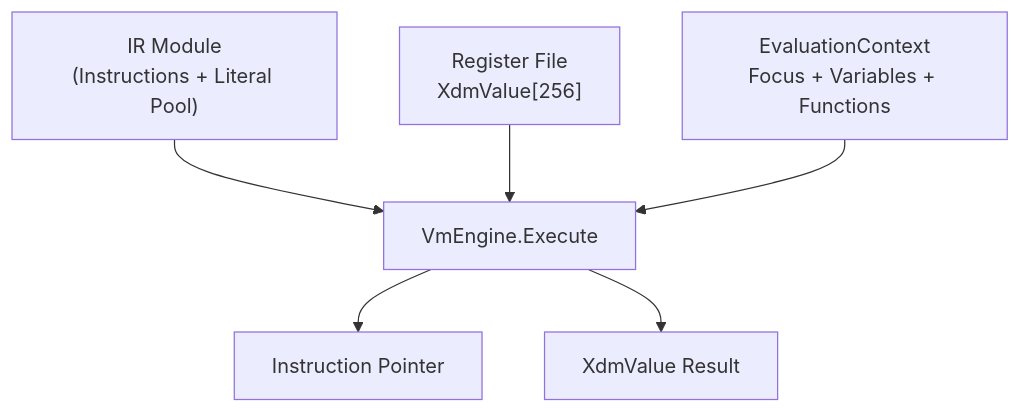
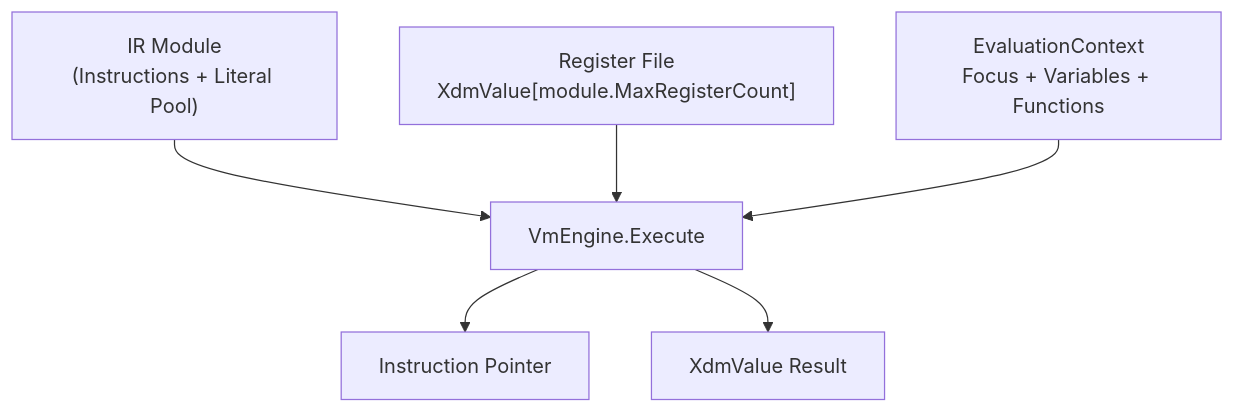
Before and after one commit to Fytala-Charles/Bosak: the third of 4 diagrams in docs/ARCHITECTURE.md, drawn with Mermaid. The commit also changed other lines of this file and 8 other files, not shown here.

````diff
--- a/docs/ARCHITECTURE.md
+++ b/docs/ARCHITECTURE.md
@@ -225,14 +225,14 @@
 ```mermaid
 flowchart TD
     IR["IR Module<br/>(Instructions + Literal Pool)"]
-    REG["Register File<br/>XdmValue[256]"]
+    REG["Register File<br/>XdmValue[module.MaxRegisterCount]"]
     IP["Instruction Pointer"]
     CTX["EvaluationContext<br/>Focus + Variables + Functions"]
     OUT["XdmValue Result"]
 
     IR --> VM["VmEngine.Execute"]
     REG --> VM
     CTX --> VM
     VM --> IP
     VM --> OUT
 ```
````
